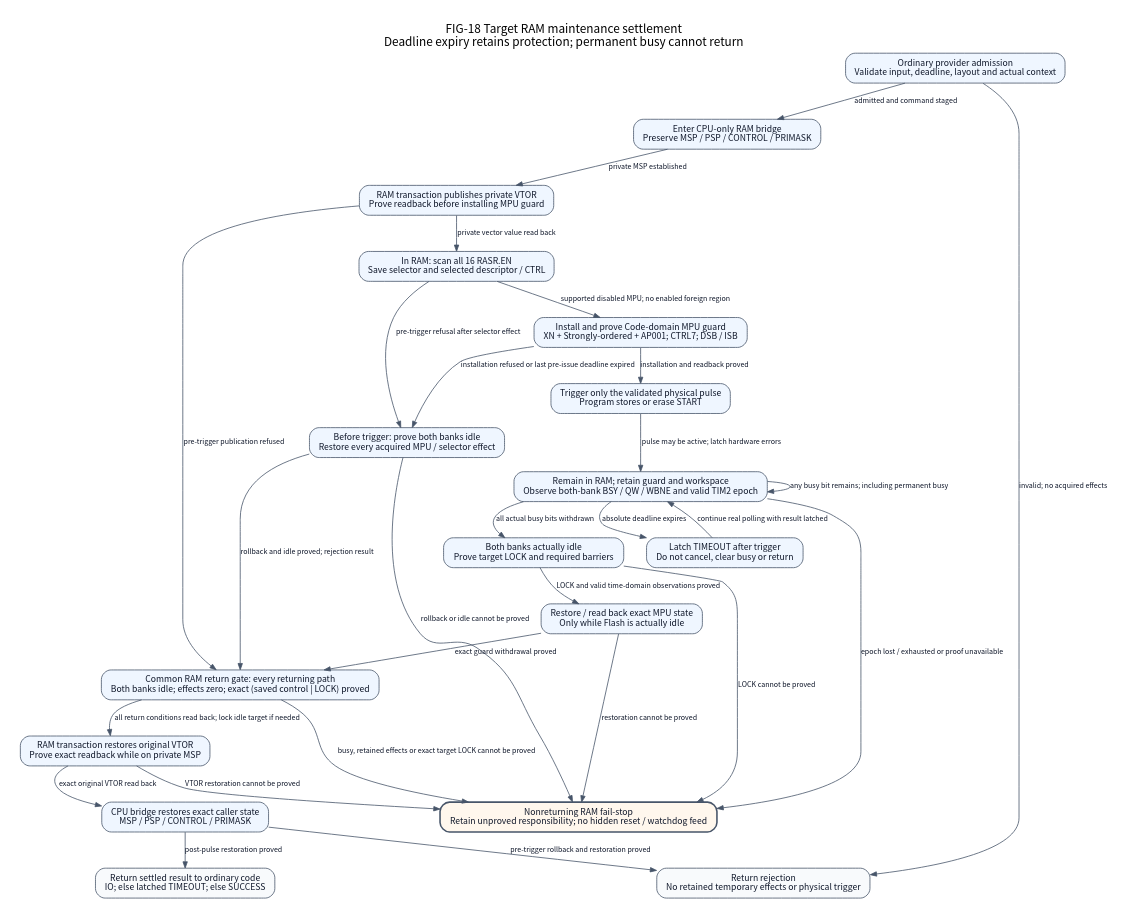
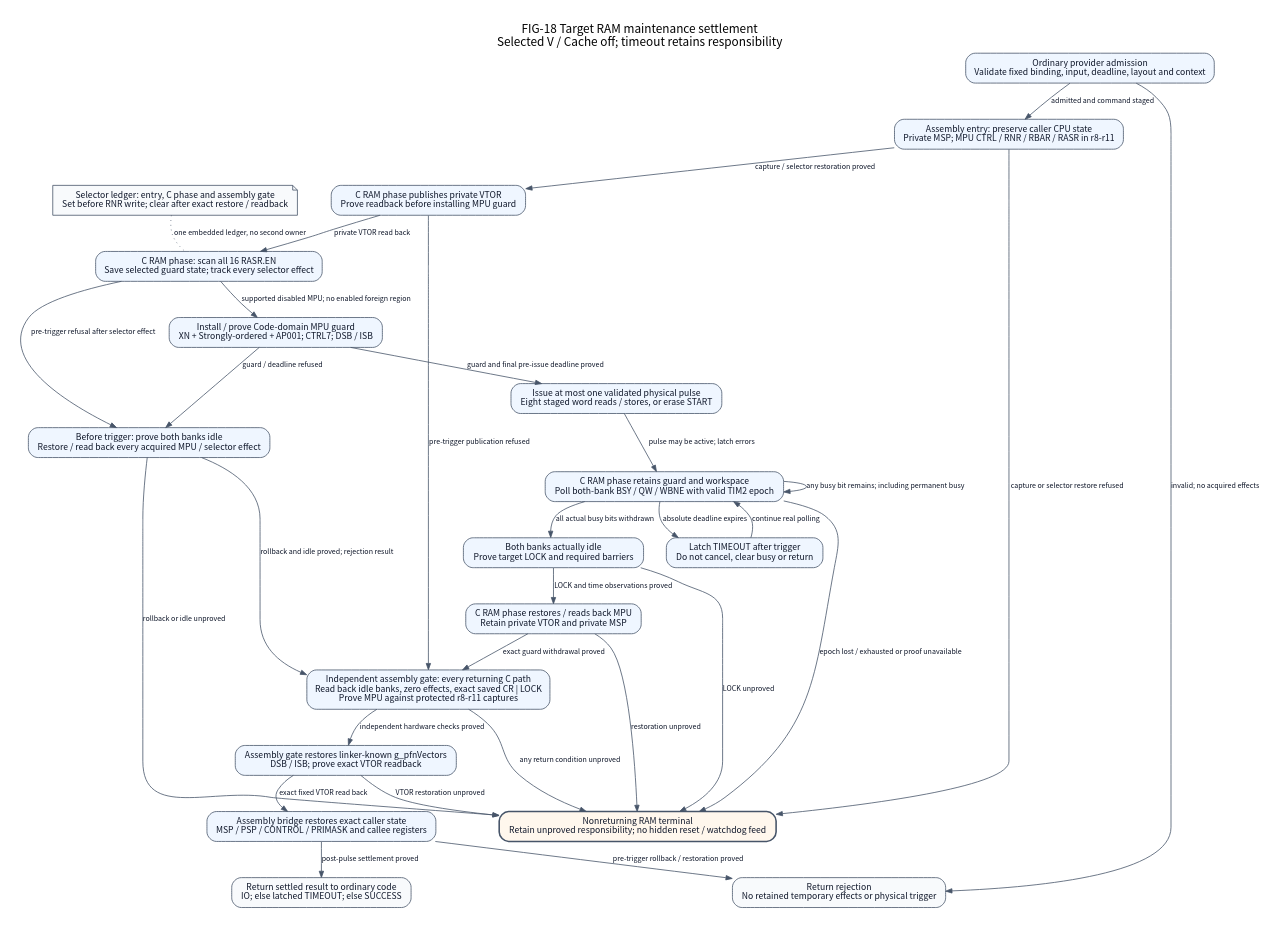
One commit to X-Gen-Lab/nexus changed the diagram in docs/assets/diagrams/h743-flash-ram-lifecycle.dot. Above: the diagram before and after it, drawn with Graphviz. The commit also changed 49 other files, not shown here.

Commit message:
feat(h743): prove fixed RAM Flash operands and hardware return

```diff
--- a/docs/assets/diagrams/h743-flash-ram-lifecycle.dot
+++ b/docs/assets/diagrams/h743-flash-ram-lifecycle.dot
@@ -1,64 +1,57 @@
-// FIG-18 target IO-24 protocol; stages are not a public request enum.
-// Scope: selected STM32H743ZIT6 V / Cache off only; no physical execution.
-// Every visible edge is guarded control flow, not ownership release by timeout.
-// Only the final proved restoration path returns to ordinary Flash code.
+// FIG-18: actual selected C / assembly protocol; not a public request enum.
+// All returning C paths converge on the independent assembly gate.
+// Protected r8-r11 survive C; a single embedded ledger tracks selector effects.
+// Original complete IO-24 exit / candidate qualification open; physical HIL not executed.
 digraph h743FlashRamLifecycle {
-    graph [label="FIG-18 Target RAM maintenance settlement\nDeadline expiry retains protection; permanent busy cannot return",
-           fontname="Noto Sans CJK SC", fontsize=15, labelloc=t, rankdir=TB,
-           bgcolor="white", pad=0.25, nodesep=0.4, ranksep=0.5,
-           newrank=true];
-    node [shape=box, style="rounded,filled", fillcolor="#eff6ff",
-          color="#475569", fontcolor="#0f172a", fontname="Noto Sans CJK SC",
-          fontsize=11, margin="0.16,0.10"];
-    edge [color="#475569", fontcolor="#0f172a",
-          fontname="Noto Sans CJK SC", fontsize=9, arrowsize=0.8];
-    admission [label="Ordinary provider admission\nValidate input, deadline, layout and actual context"];
-    reject [label="Return rejection\nNo retained temporary effects or physical trigger",
-            fillcolor="#f8fafc"];
-    bridge [label="Enter CPU-only RAM bridge\nPreserve MSP / PSP / CONTROL / PRIMASK"];
-    vectors [label="RAM transaction publishes private VTOR\nProve readback before installing MPU guard"];
-    scan [label="In RAM: scan all 16 RASR.EN\nSave selector and selected descriptor / CTRL"];
-    guard [label="Install and prove Code-domain MPU guard\nXN + Strongly-ordered + AP001; CTRL7; DSB / ISB"];
-    rollback [label="Before trigger: prove both banks idle\nRestore every acquired MPU / selector effect"];
-    trigger [label="Trigger only the validated physical pulse\nProgram stores or erase START"];
-    drain [label="Remain in RAM; retain guard and workspace\nObserve both-bank BSY / QW / WBNE and valid TIM2 epoch"];
+    graph [label="FIG-18 Target RAM maintenance settlement\nSelected V / Cache off; timeout retains responsibility", fontname="Noto Sans CJK SC", fontsize=15, labelloc=t, rankdir=TB, bgcolor="white", pad=0.25, nodesep=0.40, ranksep=0.50, newrank=true];
+    node [shape=box, style="rounded,filled", fillcolor="#eff6ff", color="#475569", fontcolor="#0f172a", fontname="Noto Sans CJK SC", fontsize=11, margin="0.16,0.10"];
+    edge [color="#475569", fontcolor="#0f172a", fontname="Noto Sans CJK SC", fontsize=9, arrowsize=0.8];
+    admission [label="Ordinary provider admission\nValidate fixed binding, input, deadline, layout and context"];
+    reject [label="Return rejection\nNo retained temporary effects or physical trigger", fillcolor="#f8fafc"];
+    bridge [label="Assembly entry: preserve caller CPU state\nPrivate MSP; MPU CTRL / RNR / RBAR / RASR in r8-r11"];
+    vectors [label="C RAM phase publishes private VTOR\nProve readback before installing MPU guard"];
+    scan [label="C RAM phase: scan all 16 RASR.EN\nSave selected guard state; track every selector effect"];
+    guard [label="Install / prove Code-domain MPU guard\nXN + Strongly-ordered + AP001; CTRL7; DSB / ISB"];
+    rollback [label="Before trigger: prove both banks idle\nRestore / read back every acquired MPU / selector effect"];
+    trigger [label="Issue at most one validated physical pulse\nEight staged word reads / stores, or erase START"];
+    drain [label="C RAM phase retains guard and workspace\nPoll both-bank BSY / QW / WBNE with valid TIM2 epoch"];
     expiry [label="Latch TIMEOUT after trigger\nDo not cancel, clear busy or return"];
     lock [label="Both banks actually idle\nProve target LOCK and required barriers"];
-    restoreMpu [label="Restore / read back exact MPU state\nOnly while Flash is actually idle"];
-    returnGate [label="Common RAM return gate: every returning path\nBoth banks idle; effects zero; exact (saved control | LOCK) proved"];
-    restoreVectors [label="RAM transaction restores original VTOR\nProve exact readback while on private MSP"];
-    restoreCpu [label="CPU bridge restores exact caller state\nMSP / PSP / CONTROL / PRIMASK"];
-    result [label="Return settled result to ordinary code\nIO; else latched TIMEOUT; else SUCCESS",
-            fillcolor="#f8fafc"];
-    failstop [label="Nonreturning RAM fail-stop\nRetain unproved responsibility; no hidden reset / watchdog feed",
-              style="rounded,bold,filled", fillcolor="#fff7ed"];
+    restoreMpu [label="C RAM phase restores / reads back MPU\nRetain private VTOR and private MSP"];
+    returnGate [label="Independent assembly gate: every returning C path\nRead back idle banks, zero effects, exact saved CR | LOCK\nProve MPU against protected r8-r11 captures"];
+    restoreVectors [label="Assembly gate restores linker-known g_pfnVectors\nDSB / ISB; prove exact VTOR readback"];
+    restoreCpu [label="Assembly bridge restores exact caller state\nMSP / PSP / CONTROL / PRIMASK and callee registers"];
+    result [label="Return settled result to ordinary code\nIO; else latched TIMEOUT; else SUCCESS", fillcolor="#f8fafc"];
+    ledger [label="Selector ledger: entry, C phase and assembly gate\nSet before RNR write; clear after exact restore / readback", shape=note, fillcolor="#f8fafc"];
+    failstop [label="Nonreturning RAM terminal\nRetain unproved responsibility; no hidden reset / watchdog feed", style="rounded,bold,filled", fillcolor="#fff7ed"];
     admission -> reject [label="invalid; no acquired effects"];
     admission -> bridge [label="admitted and command staged"];
-    bridge -> vectors [label="private MSP established"];
-    vectors -> scan [label="private vector value read back"];
+    bridge -> vectors [label="capture / selector restoration proved"];
+    bridge -> failstop [label="capture or selector restore refused"];
+    vectors -> scan [label="private VTOR read back"];
     vectors -> returnGate [label="pre-trigger publication refused"];
     scan -> guard [label="supported disabled MPU; no enabled foreign region"];
     scan -> rollback [label="pre-trigger refusal after selector effect"];
-    guard -> trigger [label="installation and readback proved"];
-    guard -> rollback [label="installation refused or last pre-issue deadline expired"];
+    guard -> trigger [label="guard and final pre-issue deadline proved"];
+    guard -> rollback [label="guard / deadline refused"];
     rollback -> returnGate [label="rollback and idle proved; rejection result"];
-    rollback -> failstop [label="rollback or idle cannot be proved"];
-    trigger -> drain [label="pulse may be active; latch hardware errors"];
+    rollback -> failstop [label="rollback or idle unproved"];
+    trigger -> drain [label="pulse may be active; latch errors"];
     drain -> drain [label="any busy bit remains; including permanent busy"];
     drain -> expiry [label="absolute deadline expires"];
-    expiry -> drain [label="continue real polling with result latched"];
+    expiry -> drain [label="continue real polling"];
     drain -> failstop [label="epoch lost / exhausted or proof unavailable"];
     drain -> lock [label="all actual busy bits withdrawn"];
-    lock -> restoreMpu [label="LOCK and valid time-domain observations proved"];
-    lock -> failstop [label="LOCK cannot be proved"];
+    lock -> restoreMpu [label="LOCK and time observations proved"];
+    lock -> failstop [label="LOCK unproved"];
     restoreMpu -> returnGate [label="exact guard withdrawal proved"];
-    restoreMpu -> failstop [label="restoration cannot be proved"];
-    returnGate -> restoreVectors [label="all return conditions read back; lock idle target if needed"];
-    returnGate -> failstop [label="busy, retained effects or exact target LOCK cannot be proved"];
-    restoreVectors -> restoreCpu [label="exact original VTOR read back"];
-    restoreVectors -> failstop [label="VTOR restoration cannot be proved"];
-    restoreCpu -> result [label="post-pulse restoration proved"];
-    restoreCpu -> reject [label="pre-trigger rollback and restoration proved"];
-    // failstop has deliberately no outgoing edge. A process-test watchdog
-    // may observe nonreturn, but it cannot manufacture hardware settlement.
+    restoreMpu -> failstop [label="restoration unproved"];
+    returnGate -> restoreVectors [label="independent hardware checks proved"];
+    returnGate -> failstop [label="any return condition unproved"];
+    restoreVectors -> restoreCpu [label="exact fixed VTOR read back"];
+    restoreVectors -> failstop [label="VTOR restoration unproved"];
+    restoreCpu -> result [label="post-pulse settlement proved"];
+    restoreCpu -> reject [label="pre-trigger rollback / restoration proved"];
+    ledger -> scan [label="one embedded ledger, no second owner", style=dotted, arrowhead=none];
+    // failstop deliberately has no outgoing edge; no timeout releases ownership.
 }
```
